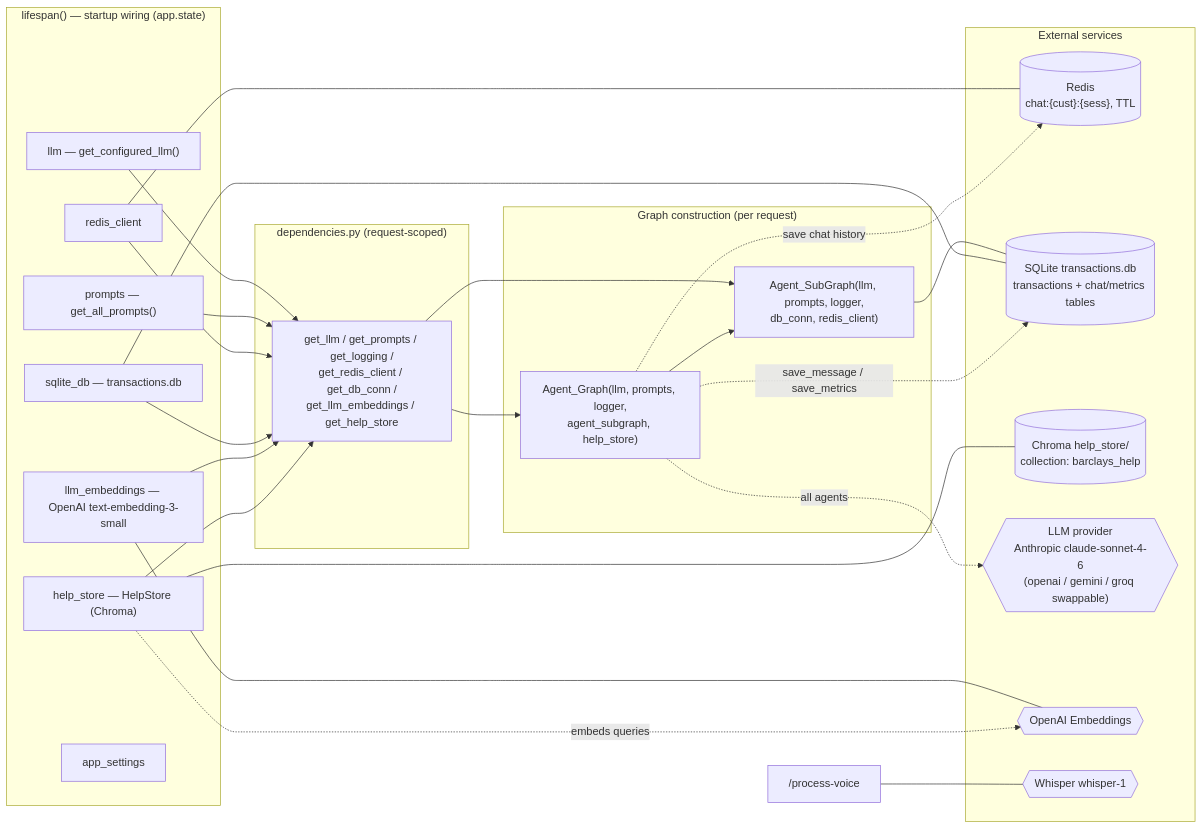
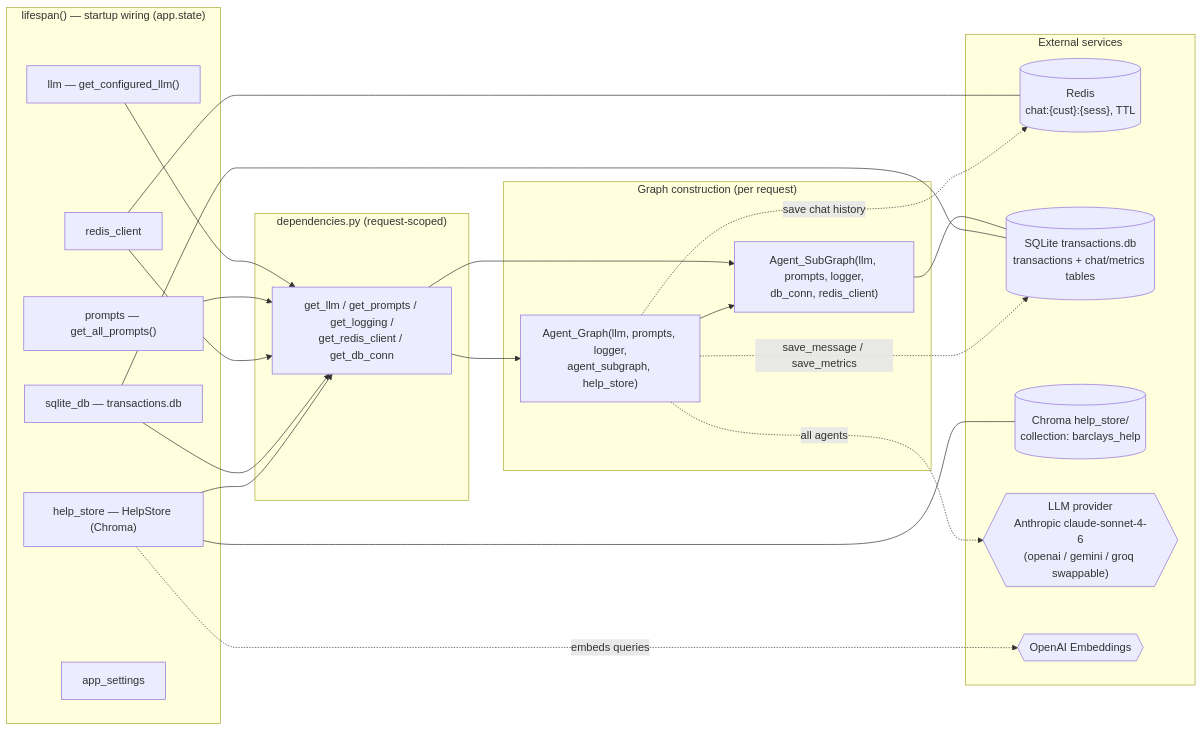
The third of 5 diagrams in docs/architecture.md (AbhishekLohit/Agentic_BChabot), drawn with Mermaid before and after one commit. The commit also changed other lines of this file and 134 other files, not shown here.

````diff
--- a/docs/architecture.md
+++ b/docs/architecture.md
@@ -156,53 +149,48 @@
 ```mermaid
 flowchart LR
     subgraph LIFE["lifespan() — startup wiring (app.state)"]
         S_LLM["llm — get_configured_llm()"]
         S_PROMPTS["prompts — get_all_prompts()"]
         S_REDIS["redis_client"]
         S_DB["sqlite_db — transactions.db"]
-        S_EMB["llm_embeddings — OpenAI text-embedding-3-small"]
         S_HELP["help_store — HelpStore (Chroma)"]
         S_SET["app_settings"]
     end
 
     subgraph DI["dependencies.py (request-scoped)"]
-        D["get_llm / get_prompts / get_logging /<br/>get_redis_client / get_db_conn /<br/>get_llm_embeddings / get_help_store"]
+        D["get_llm / get_prompts / get_logging /<br/>get_redis_client / get_db_conn"]
     end
 
     subgraph GRAPHS["Graph construction (per request)"]
         AG["Agent_Graph(llm, prompts, logger,<br/>agent_subgraph, help_store)"]
         ASG["Agent_SubGraph(llm, prompts, logger,<br/>db_conn, redis_client)"]
     end
 
     subgraph EXT["External services"]
         REDIS[("Redis<br/>chat:{cust}:{sess}, TTL")]
         SQLITE[("SQLite transactions.db<br/>transactions + chat/metrics tables")]
         CHROMA[("Chroma help_store/<br/>collection: barclays_help")]
         LLMP{{"LLM provider<br/>Anthropic claude-sonnet-4-6<br/>(openai / gemini / groq swappable)"}}
         EMBP{{"OpenAI Embeddings"}}
-        WHISPER{{"Whisper whisper-1"}}
     end
 
     S_LLM --> D
     S_PROMPTS --> D
     S_REDIS --> D
     S_DB --> D
-    S_EMB --> D
     S_HELP --> D
     D --> AG
     D --> ASG
     AG --> ASG
 
     AG -.all agents.-> LLMP
     S_REDIS --- REDIS
     ASG --- SQLITE
     S_DB --- SQLITE
     S_HELP --- CHROMA
-    S_EMB --- EMBP
     S_HELP -.embeds queries.-> EMBP
-    EP_VOICE2["/process-voice"] --- WHISPER
 
     %% persistence touchpoints
     AG -.save chat history.-> REDIS
     AG -.save_message / save_metrics.-> SQLITE
 ```
````
